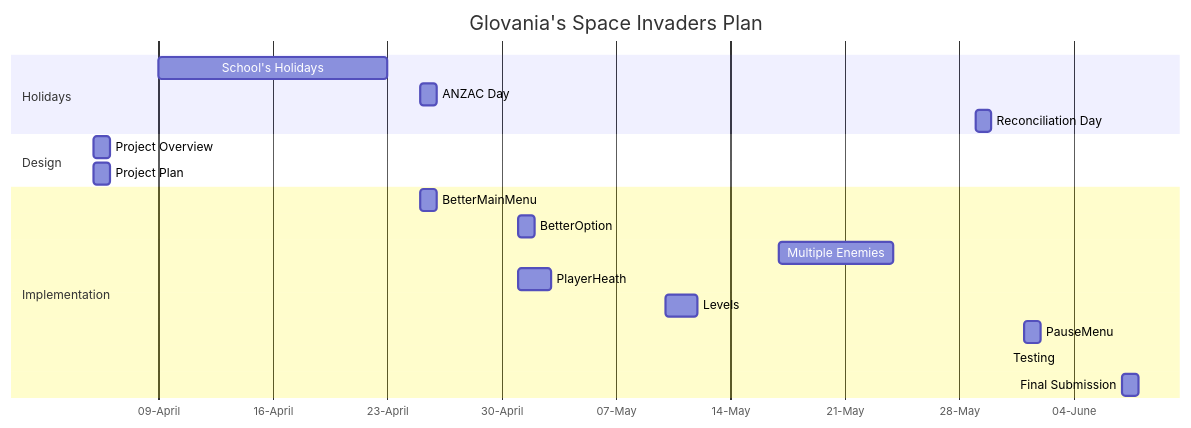
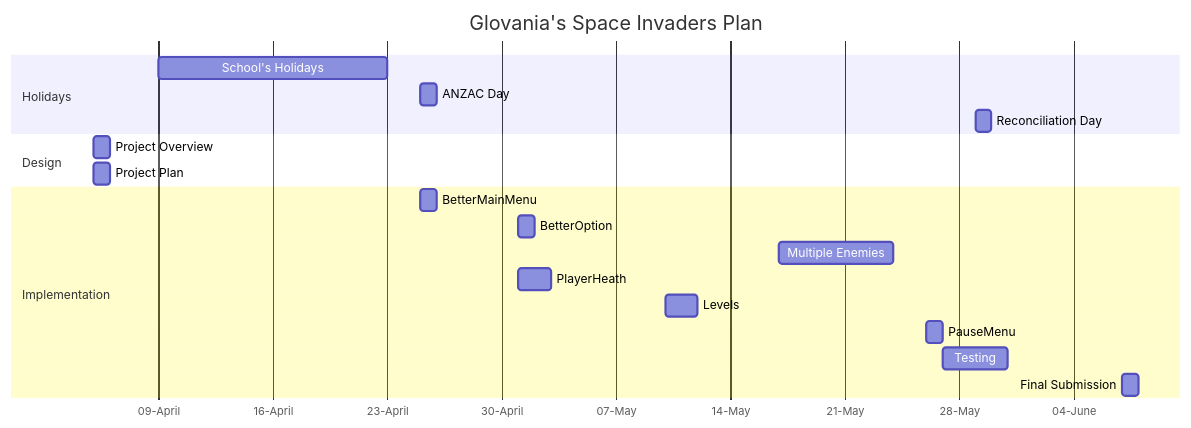
Before and after one commit to Glovania/Space-Invading: the second of 2 diagrams in Design.md, drawn with Mermaid.

Commit message:
Change the finish date for Project Plan.

````diff
--- a/Design.md
+++ b/Design.md
@@ -52,28 +52,28 @@
 ```mermaid
 gantt
     title Glovania's Space Invaders Plan
     dateFormat DD-MM-YYYY
     axisFormat %d-%B
     tickInterval 1week
 
     section Holidays
     School's Holidays: 09-04-2023, 23-04-2023
     ANZAC Day: 25-04-2023, 1d
     Reconciliation Day: 29-05-2023, 1d
 
     section Design
     Project Overview: 05-04-2023, 1d
     Project Plan: 05-04-2023, 1d
 
     section Implementation
     BetterMainMenu: 25-04-2023, 1d
     BetterOption: 01-05-2023, 1d
     Multiple Enemies: 17-05-2023, 24-05-2023
     PlayerHeath: 01-05-2023, 03-05-2023
     Levels: 10-05-2023, 12-05-2023
-    PauseMenu: 01-06-2023, 1d
+    PauseMenu: 26-05-2023, 1d
 
 
     Testing: 31-05-2023
     Final Submission: 07-06-2023, 1d
 ```
````
